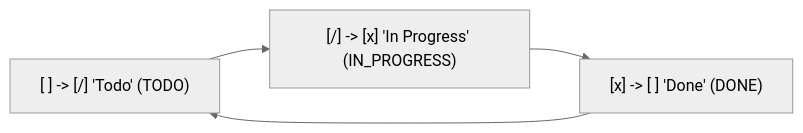
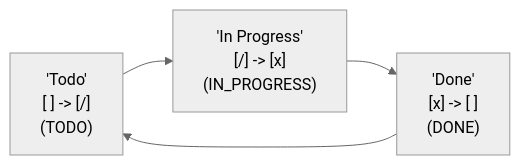
Before and after one commit to obsidian-tasks-group/obsidian-tasks: the first of 3 diagrams in docs/Getting Started/Recurring Tasks.md, drawn with Mermaid (neutral theme). The commit also changed other lines of this file, not shown here.

Commit message:
docs: Make the detailed Mermaid diagrams take less width

````diff
--- a/docs/Getting Started/Recurring Tasks.md
+++ b/docs/Getting Started/Recurring Tasks.md
@@ -76,9 +76,9 @@
 ```mermaid
 flowchart LR
-1["[ ] -> [/] 'Todo' (TODO)"]
-2["[/] -> [x] 'In Progress' (IN_PROGRESS)"]
-3["[x] -> [ ] 'Done' (DONE)"]
+1["'Todo'<br>[ ] -> [/]<br>(TODO)"]
+2["'In Progress'<br>[/] -> [x]<br>(IN_PROGRESS)"]
+3["'Done'<br>[x] -> [ ]<br>(DONE)"]
 1 --> 2
 2 --> 3
 3 --> 1
 ```
````
